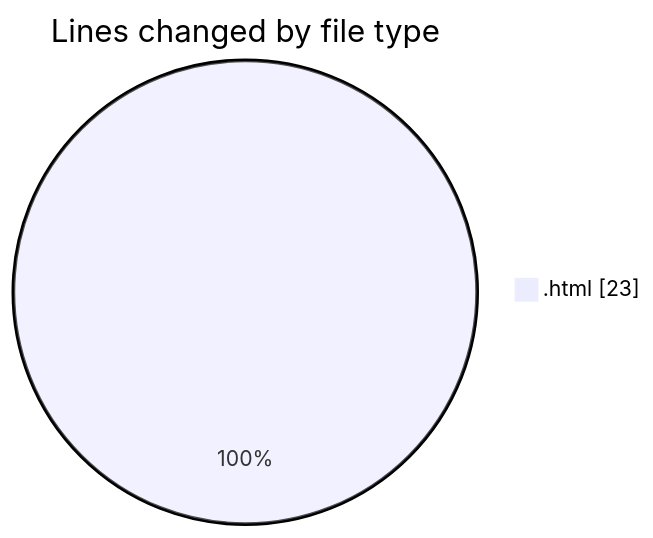
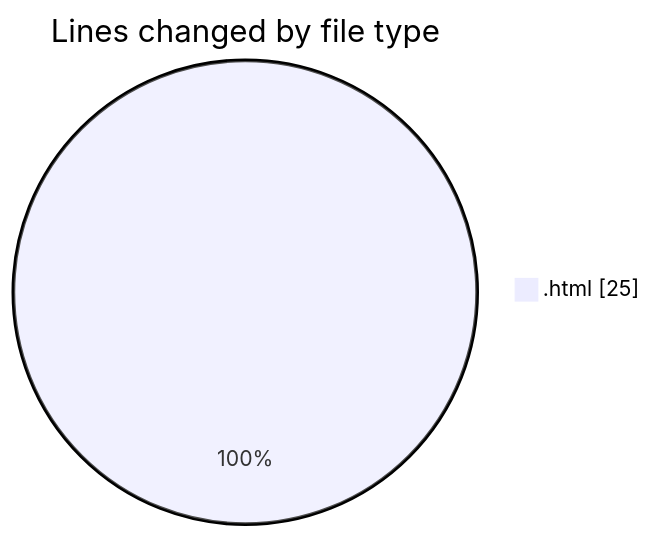
The first of 2 diagrams in 2025-12-13/technologie_web/README.md (hasnaa123/code-tracking), drawn with Mermaid before and after one commit. The commit also changed other lines of this file and 1 other file, not shown here.

````diff
--- a/2025-12-13/technologie_web/README.md
+++ b/2025-12-13/technologie_web/README.md
@@ -20,5 +20,5 @@
 ```mermaid
 pie showData
 title Lines changed by file type
-".html" : 23
+".html" : 25
 ```
````
